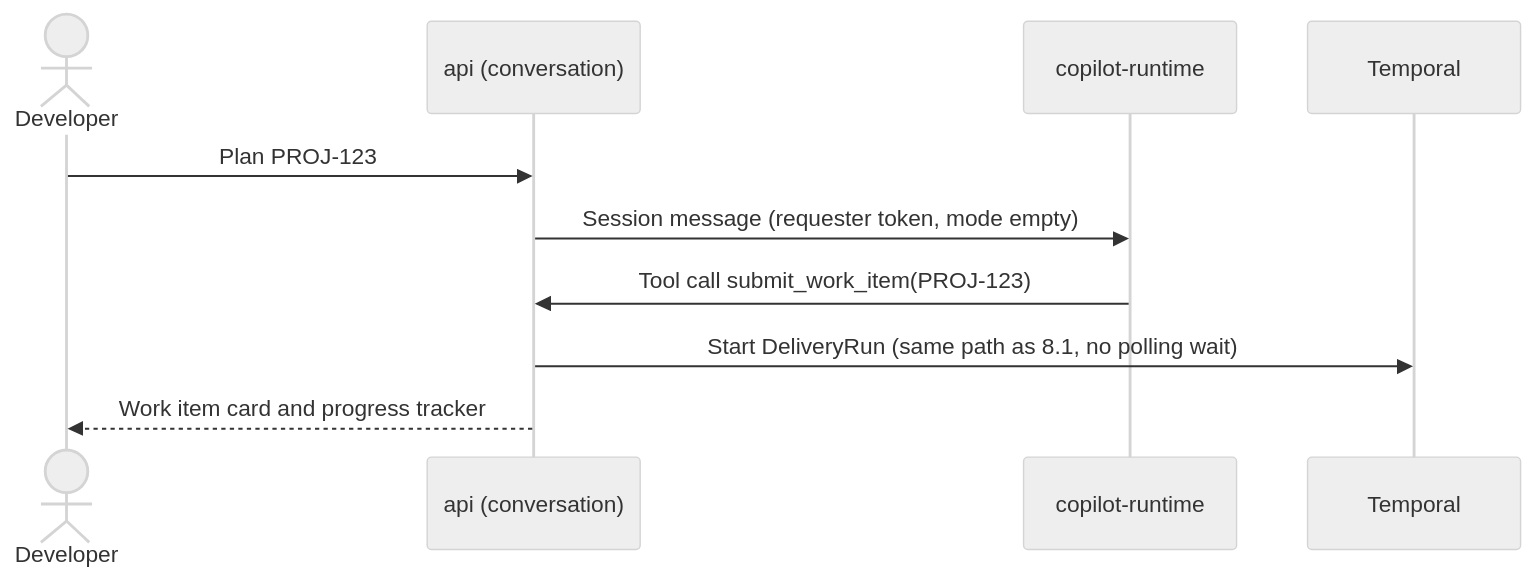
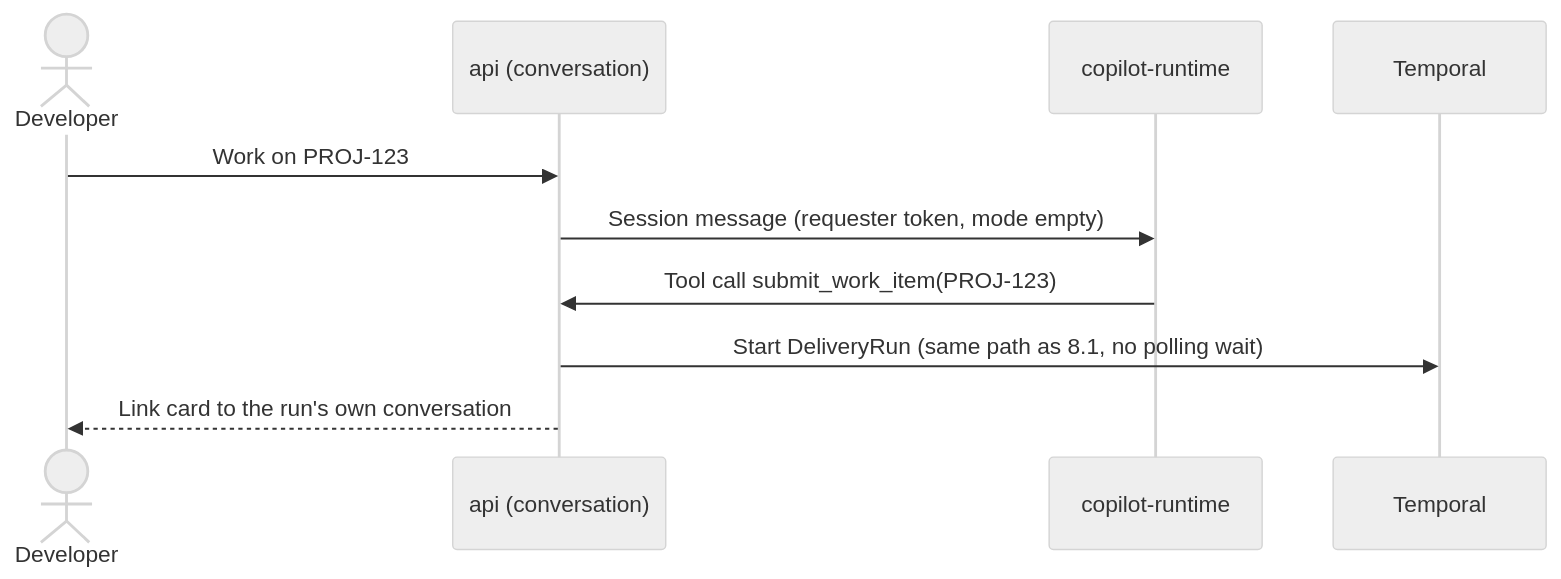
Before and after one commit to luigi-lt/orchestrator: the seventh of 9 diagrams in docs/architecture.md, drawn with Mermaid (neutral theme). The commit also changed other lines of this file and 2 other files, not shown here.

First line of the commit message:
Architecture v2.0: design for iteration 2

````diff
--- a/docs/architecture.md
+++ b/docs/architecture.md
@@ -467,12 +636,12 @@
 ```mermaid
 sequenceDiagram
   actor Dev as Developer
   participant API as api (conversation)
   participant CR as copilot-runtime
   participant T as Temporal
-  Dev->>API: Plan PROJ-123
+  Dev->>API: Work on PROJ-123
   API->>CR: Session message (requester token, mode empty)
   CR->>API: Tool call submit_work_item(PROJ-123)
   API->>T: Start DeliveryRun (same path as 8.1, no polling wait)
-  API-->>Dev: Work item card and progress tracker
+  API-->>Dev: Link card to the run's own conversation
 ```
````
